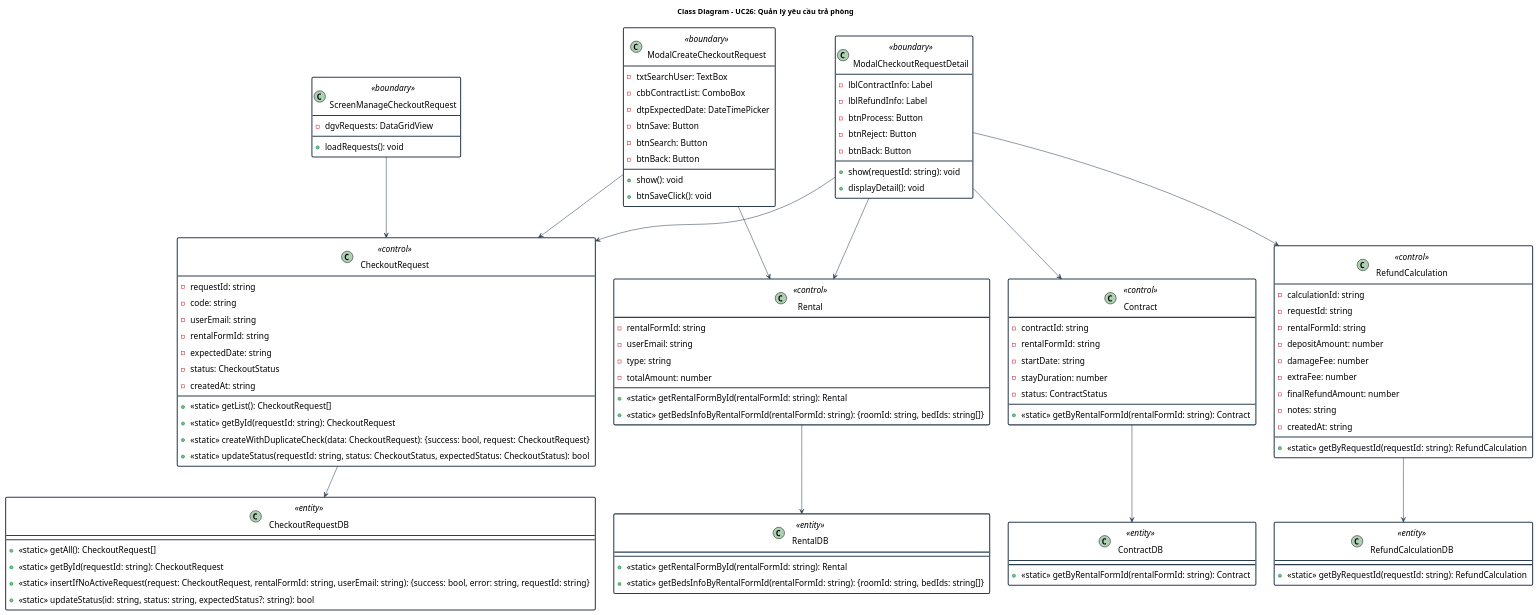
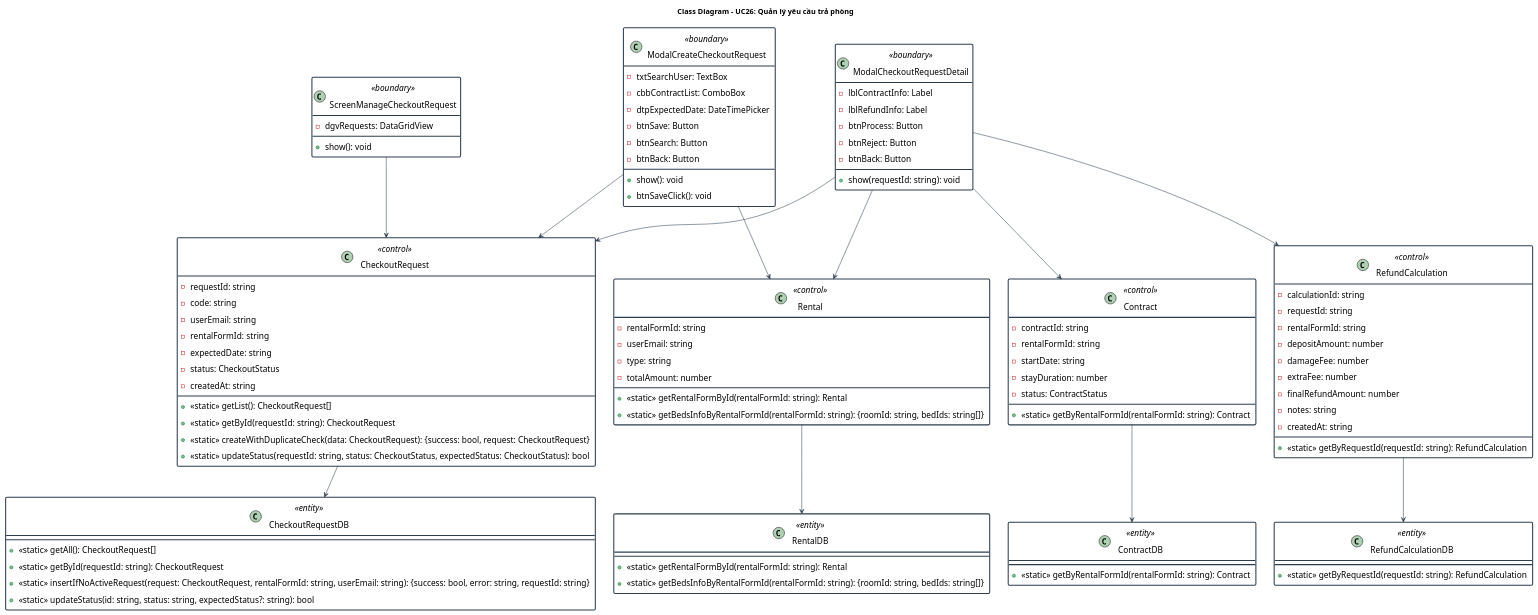
Before and after one commit to Gnourt812005/HCMUS-Analyze-and-desgin-IS: the diagram in doc/system/quan_ly_yeu_cau_tra_phong/QuanLyYeuCauTraPhong_ClassDiagram.wsd, drawn with PlantUML. The commit also changed 2 other files, not shown here.

Commit message:
quangdo/diagram: updated some diagrams

```diff
--- a/doc/system/quan_ly_yeu_cau_tra_phong/QuanLyYeuCauTraPhong_ClassDiagram.wsd
+++ b/doc/system/quan_ly_yeu_cau_tra_phong/QuanLyYeuCauTraPhong_ClassDiagram.wsd
@@ -1,119 +1,118 @@
 @startuml
 title Class Diagram - UC26: Quản lý yêu cầu trả phòng
 
 skinparam {
     ClassBackgroundColor White
     ClassBorderColor #2D3E50
     ArrowColor #2D3E50
     DefaultFontName "Arial"
     DefaultFontSize 16
     ClassBorderThickness 2
     StereotypeFontColor #2D3E50
     Padding 5
 }
 
 class "ScreenManageCheckoutRequest" <<boundary>> {
   - dgvRequests: DataGridView
-  + loadRequests(): void
+  + show(): void
 }
 
 class "ModalCreateCheckoutRequest" <<boundary>> {
   - txtSearchUser: TextBox
   - cbbContractList: ComboBox
   - dtpExpectedDate: DateTimePicker
   - btnSave: Button
   - btnSearch: Button
   - btnBack: Button
   + show(): void
   + btnSaveClick(): void
 }
 
 class "ModalCheckoutRequestDetail" <<boundary>> {
   - lblContractInfo: Label
   - lblRefundInfo: Label
   - btnProcess: Button
   - btnReject: Button
   - btnBack: Button
   + show(requestId: string): void
-  + displayDetail(): void
 }
 
 class "CheckoutRequest" <<control>> {
   - requestId: string
   - code: string
   - userEmail: string
   - rentalFormId: string
   - expectedDate: string
   - status: CheckoutStatus
   - createdAt: string
   + <<static>> getList(): CheckoutRequest[]
   + <<static>> getById(requestId: string): CheckoutRequest 
   + <<static>> createWithDuplicateCheck(data: CheckoutRequest): {success: bool, request: CheckoutRequest}
   + <<static>> updateStatus(requestId: string, status: CheckoutStatus, expectedStatus: CheckoutStatus): bool
 }
 
 class "Contract" <<control>> {
   - contractId: string
   - rentalFormId: string
   - startDate: string
   - stayDuration: number
   - status: ContractStatus
   + <<static>> getByRentalFormId(rentalFormId: string): Contract 
 }
 
 class "Rental" <<control>> {
   - rentalFormId: string
   - userEmail: string
   - type: string
   - totalAmount: number
   + <<static>> getRentalFormById(rentalFormId: string): Rental
   + <<static>> getBedsInfoByRentalFormId(rentalFormId: string): {roomId: string, bedIds: string[]}
 }
 
 class "RefundCalculation" <<control>> {
   - calculationId: string
   - requestId: string
   - rentalFormId: string
   - depositAmount: number
   - damageFee: number
   - extraFee: number
   - finalRefundAmount: number
   - notes: string
   - createdAt: string
   + <<static>> getByRequestId(requestId: string): RefundCalculation 
 }
 
 class "CheckoutRequestDB" <<entity>> {
   + <<static>> getAll(): CheckoutRequest[]
   + <<static>> getById(requestId: string): CheckoutRequest
   + <<static>> insertIfNoActiveRequest(request: CheckoutRequest, rentalFormId: string, userEmail: string): {success: bool, error: string, requestId: string}
   + <<static>> updateStatus(id: string, status: string, expectedStatus?: string): bool
 }
 
 class "ContractDB" <<entity>> {
   + <<static>> getByRentalFormId(rentalFormId: string): Contract 
 }
 
 class "RentalDB" <<entity>> {
   + <<static>> getRentalFormById(rentalFormId: string): Rental
   + <<static>> getBedsInfoByRentalFormId(rentalFormId: string): {roomId: string, bedIds: string[]}
 }
 
 class "RefundCalculationDB" as RefundCalculationDB <<entity>> {
   + <<static>> getByRequestId(requestId: string): RefundCalculation 
 }
 
 ScreenManageCheckoutRequest --> CheckoutRequest
 ModalCreateCheckoutRequest --> CheckoutRequest
 ModalCreateCheckoutRequest --> Rental
 ModalCheckoutRequestDetail --> CheckoutRequest
 ModalCheckoutRequestDetail --> Rental
 ModalCheckoutRequestDetail --> Contract
 ModalCheckoutRequestDetail --> RefundCalculation
 
 CheckoutRequest --> CheckoutRequestDB
 Rental --> RentalDB
 Contract --> ContractDB
 RefundCalculation --> RefundCalculationDB
 
 @enduml
```
